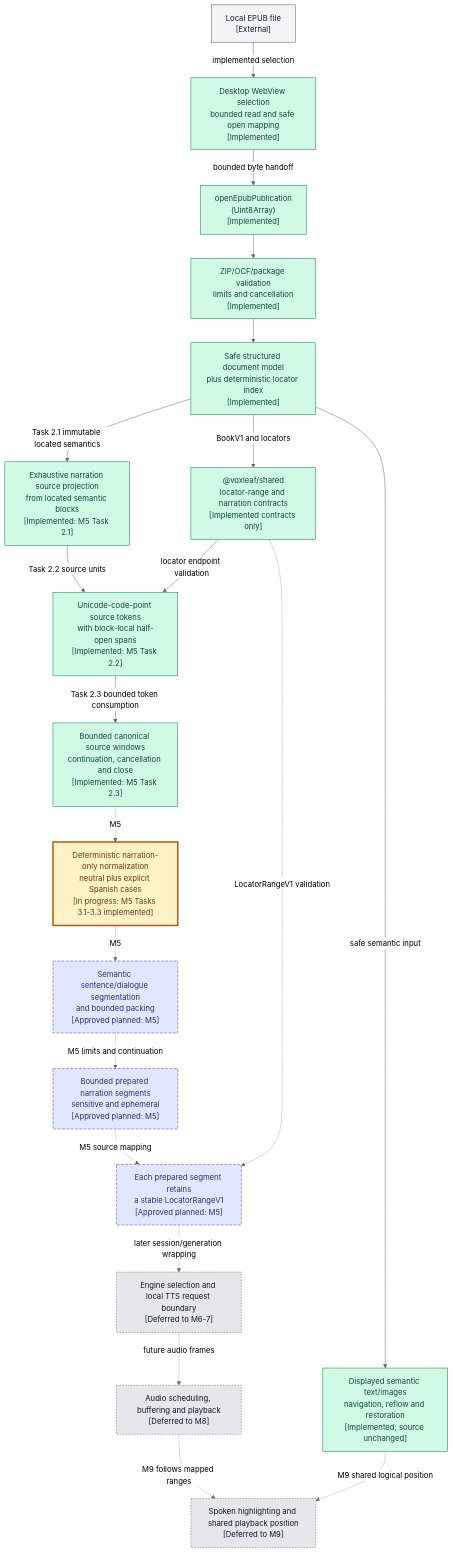
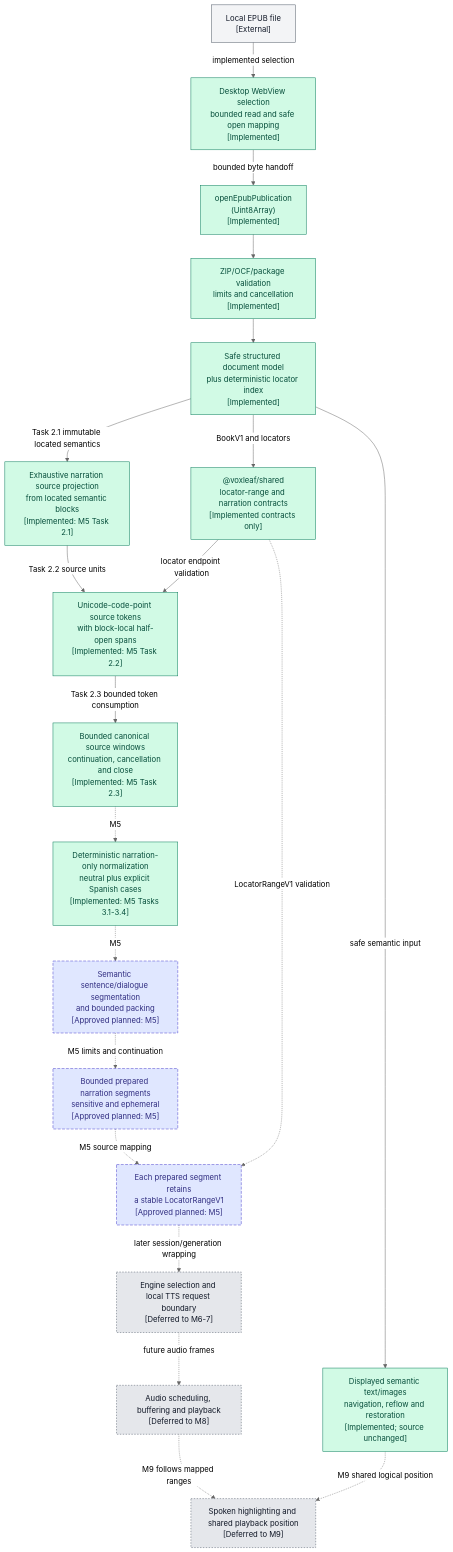
The second of 2 diagrams in docs/architecture/system-diagram.md (mmjosedaniel/voxleaf), drawn with Mermaid (neutral theme) before and after one commit. The commit also changed 13 other files, not shown here.

Commit message:
Complete narration normalization invariants and privacy tests (#85)

````diff
--- a/docs/architecture/system-diagram.md
+++ b/docs/architecture/system-diagram.md
@@ -99,45 +99,45 @@
 ```mermaid
 flowchart TB
   classDef implemented fill:#d1fae5,stroke:#047857,color:#064e3b
   classDef inprogress fill:#fef3c7,stroke:#b45309,stroke-width:3px,color:#78350f
   classDef planned fill:#e0e7ff,stroke:#4338ca,stroke-dasharray:6 3,color:#312e81
   classDef deferred fill:#e5e7eb,stroke:#4b5563,stroke-dasharray:3 3,color:#111827
   classDef external fill:#f3f4f6,stroke:#4b5563,color:#111827
 
   file["Local EPUB file<br/>[External]"]:::external
   selection["Desktop WebView selection<br/>bounded read and safe open mapping<br/>[Implemented]"]:::implemented
   opener["openEpubPublication<br/>(Uint8Array)<br/>[Implemented]"]:::implemented
   validation["ZIP/OCF/package validation<br/>limits and cancellation<br/>[Implemented]"]:::implemented
   semantics["Safe structured document model<br/>plus deterministic locator index<br/>[Implemented]"]:::implemented
   visualReader["Displayed semantic text/images<br/>navigation, reflow and restoration<br/>[Implemented; source unchanged]"]:::implemented
   contracts["@voxleaf/shared<br/>locator-range and narration contracts<br/>[Implemented contracts only]"]:::implemented
   sourceSelection["Exhaustive narration source projection<br/>from located semantic blocks<br/>[Implemented: M5 Task 2.1]"]:::implemented
   sourceMapping["Unicode-code-point source tokens<br/>with block-local half-open spans<br/>[Implemented: M5 Task 2.2]"]:::implemented
   sourceWindow["Bounded canonical source windows<br/>continuation, cancellation and close<br/>[Implemented: M5 Task 2.3]"]:::implemented
-  normalization["Deterministic narration-only normalization<br/>neutral plus explicit Spanish cases<br/>[In progress: M5 Tasks 3.1-3.3 implemented]"]:::inprogress
+  normalization["Deterministic narration-only normalization<br/>neutral plus explicit Spanish cases<br/>[Implemented: M5 Tasks 3.1-3.4]"]:::implemented
   segmentation["Semantic sentence/dialogue segmentation<br/>and bounded packing<br/>[Approved planned: M5]"]:::planned
   boundedSegments["Bounded prepared narration segments<br/>sensitive and ephemeral<br/>[Approved planned: M5]"]:::planned
   mappedSegments["Each prepared segment retains<br/>a stable LocatorRangeV1<br/>[Approved planned: M5]"]:::planned
   ttsBoundary["Engine selection and local TTS request boundary<br/>[Deferred to M6-7]"]:::deferred
   audioPipeline["Audio scheduling, buffering and playback<br/>[Deferred to M8]"]:::deferred
   synchronizedReader["Spoken highlighting and shared playback position<br/>[Deferred to M9]"]:::deferred
 
   file -->|implemented selection| selection
   selection -->|bounded byte handoff| opener
   opener --> validation --> semantics
   semantics -->|safe semantic input| visualReader
   semantics -->|BookV1 and locators| contracts
   semantics -->|Task 2.1 immutable located semantics| sourceSelection
   sourceSelection -->|Task 2.2 source units| sourceMapping
   contracts -->|locator endpoint validation| sourceMapping
   sourceMapping -->|Task 2.3 bounded token consumption| sourceWindow
   sourceWindow -.->|M5| normalization
   normalization -.->|M5| segmentation
   segmentation -.->|M5 limits and continuation| boundedSegments
   boundedSegments -.->|M5 source mapping| mappedSegments
   contracts -.->|LocatorRangeV1 validation| mappedSegments
   mappedSegments -.->|later session/generation wrapping| ttsBoundary
   ttsBoundary -.->|future audio frames| audioPipeline
   audioPipeline -.->|M9 follows mapped ranges| synchronizedReader
   visualReader -.->|M9 shared logical position| synchronizedReader
 ```
````
